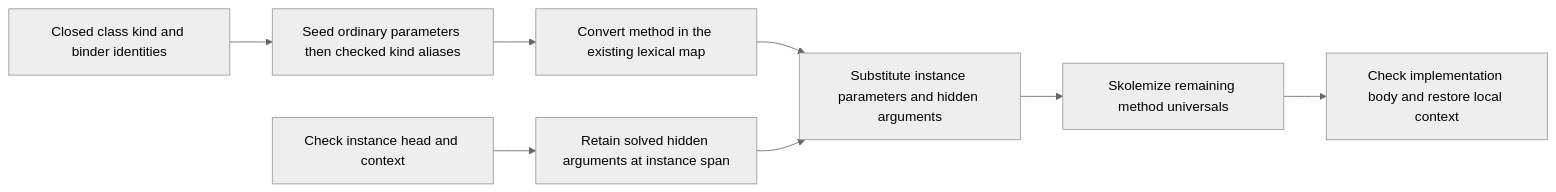
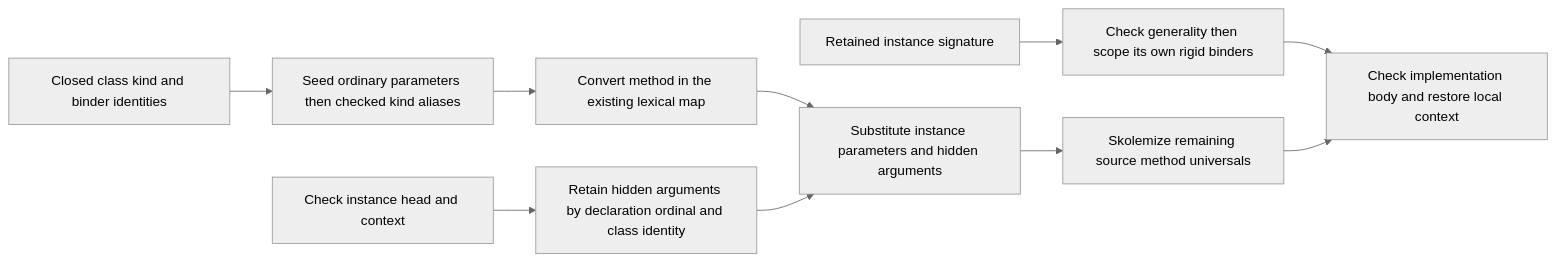
Diagram 23 of 23 in spec-chirho/workflows-chirho/language-features-chirho/declaration-kinds-chirho.md (loveJesus/haskelujah-chirho), drawn with Mermaid (neutral theme) before and after one commit. The commit also changed other lines of this file and 38 other files, not shown here.

First line of the commit message:
Repair class method scope and primitive kind identity Chirho

````diff
--- a/spec-chirho/workflows-chirho/language-features-chirho/declaration-kinds-chirho.md
+++ b/spec-chirho/workflows-chirho/language-features-chirho/declaration-kinds-chirho.md
@@ -1102,10 +1102,12 @@
 ```mermaid
 flowchart LR
   CheckedClassChirho[Closed class kind and binder identities] --> ClassSeedChirho[Seed ordinary parameters then checked kind aliases]
   ClassSeedChirho --> MethodSchemeChirho[Convert method in the existing lexical map]
-  CheckedInstanceChirho[Check instance head and context] --> InstanceKindsChirho[Retain solved hidden arguments at instance span]
+  CheckedInstanceChirho[Check instance head and context] --> InstanceKindsChirho[Retain hidden arguments by declaration ordinal and class identity]
   MethodSchemeChirho --> SpecializeMethodChirho[Substitute instance parameters and hidden arguments]
   InstanceKindsChirho --> SpecializeMethodChirho
-  SpecializeMethodChirho --> RigidMethodChirho[Skolemize remaining method universals]
+  SpecializeMethodChirho --> RigidMethodChirho[Skolemize remaining source method universals]
+  WrittenInstanceSignatureChirho[Retained instance signature] --> CheckSignatureChirho[Check generality then scope its own rigid binders]
+  CheckSignatureChirho --> CheckBodyChirho
   RigidMethodChirho --> CheckBodyChirho[Check implementation body and restore local context]
 ```
````
